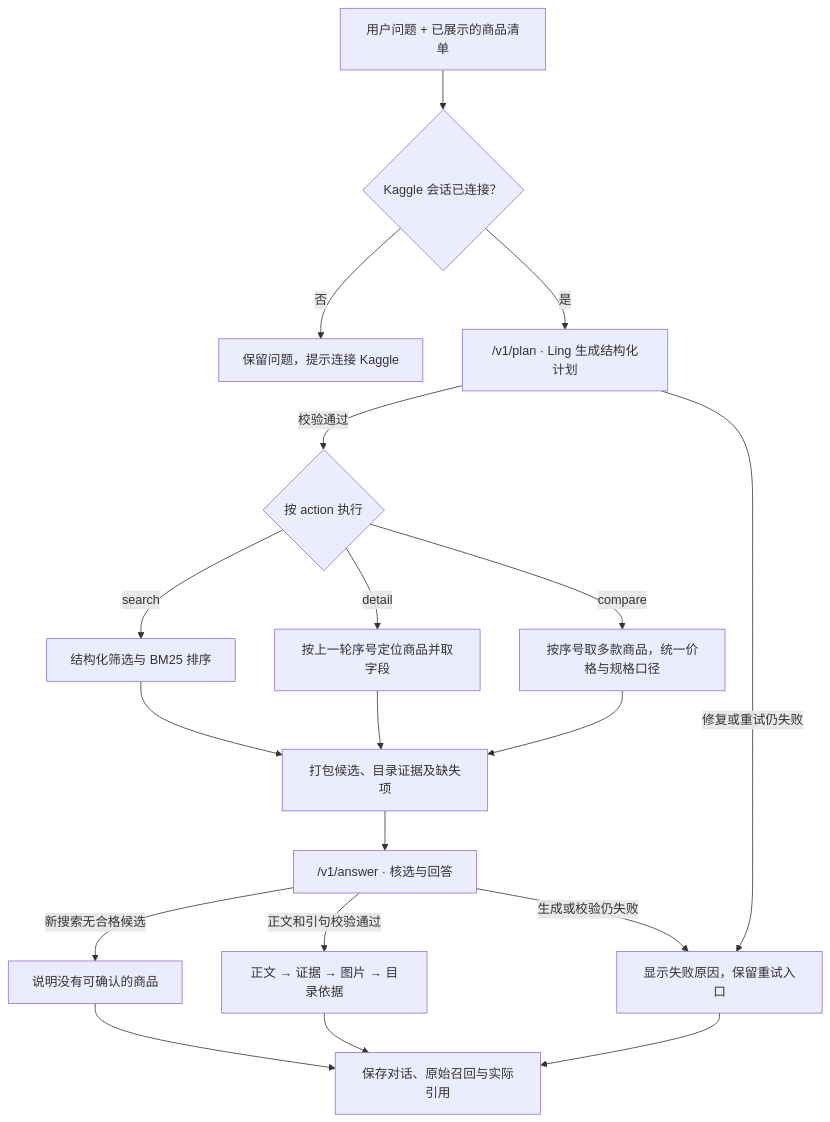
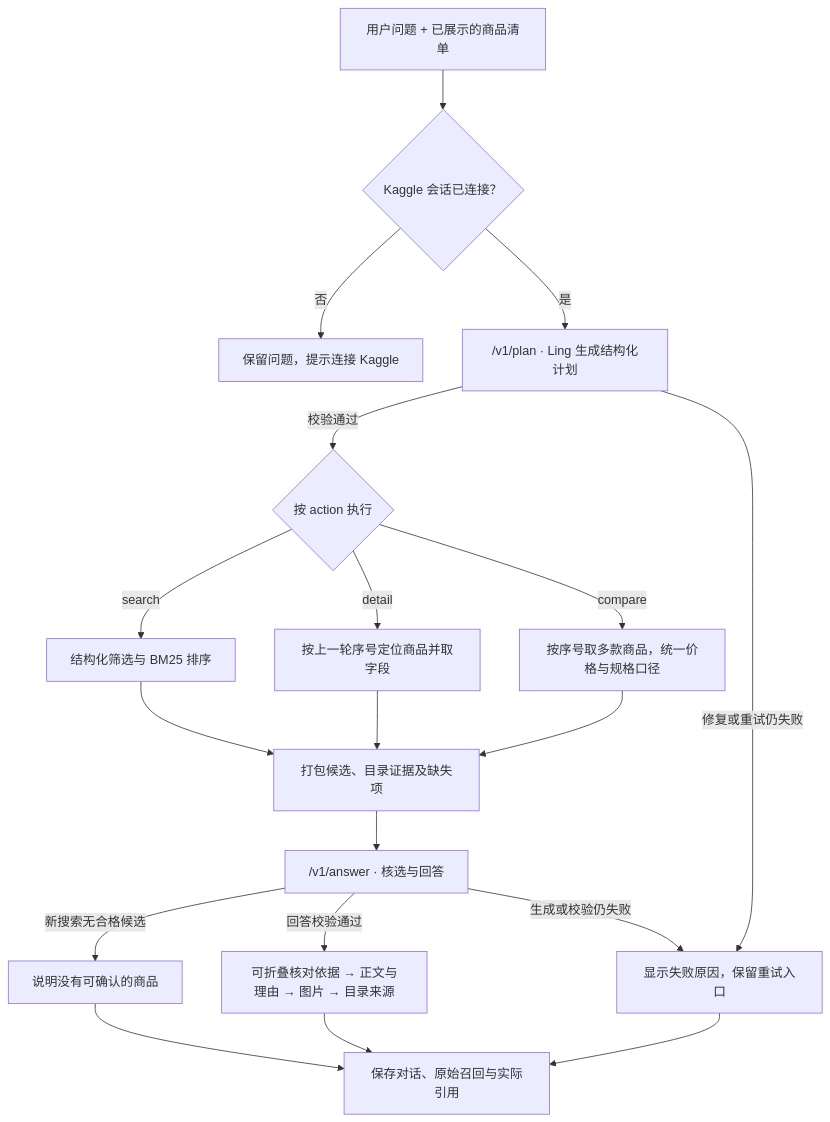
The second of 2 diagrams in README.md (AaronYue77/webshop-ling-rag), drawn with Mermaid before and after one commit. The commit also changed other lines of this file and 11 other files, not shown here.

````diff
--- a/README.md
+++ b/README.md
@@ -94,21 +94,21 @@
 ```mermaid
 flowchart TD
   Q["用户问题 + 已展示的商品清单"] --> C{"Kaggle 会话已连接？"}
   C -->|否| P["保留问题，提示连接 Kaggle"]
   C -->|是| PL["/v1/plan · Ling 生成结构化计划"]
   PL -->|校验通过| ROUTE{"按 action 执行"}
   PL -->|修复或重试仍失败| ERR["显示失败原因，保留重试入口"]
   ROUTE -->|search| RECALL["结构化筛选与 BM25 排序"]
   ROUTE -->|detail| DETAIL["按上一轮序号定位商品并取字段"]
   ROUTE -->|compare| COMPARE["按序号取多款商品，统一价格与规格口径"]
   RECALL --> E["打包候选、目录证据及缺失项"]
   DETAIL --> E
   COMPARE --> E
   E --> A["/v1/answer · 核选与回答"]
   A -->|新搜索无合格候选| EMPTY["说明没有可确认的商品"]
-  A -->|正文和引句校验通过| VIEW["正文 → 证据 → 图片 → 目录依据"]
+  A -->|回答校验通过| VIEW["可折叠核对依据 → 正文与理由 → 图片 → 目录来源"]
   A -->|生成或校验仍失败| ERR
   VIEW --> LOG["保存对话、原始召回与实际引用"]
   EMPTY --> LOG
   ERR --> LOG
 ```
````
